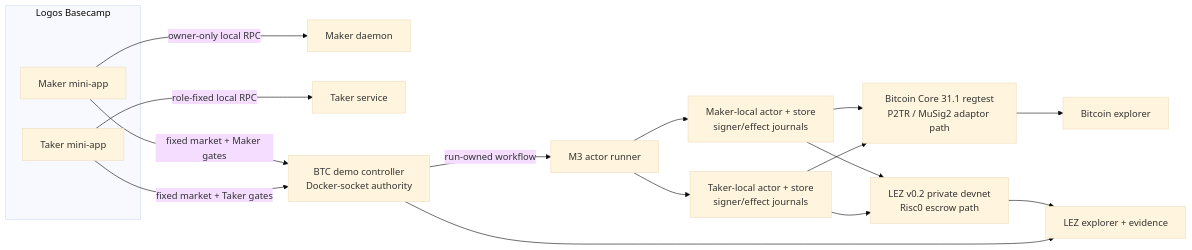
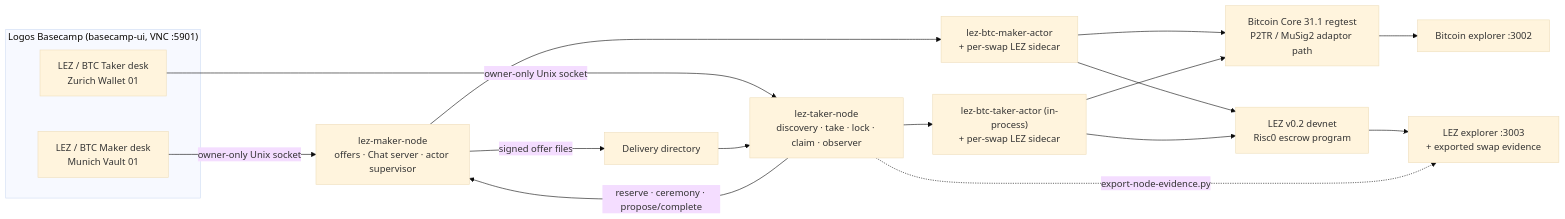
The first of 3 diagrams in docs/diagrams.md (gateway-fm/lez-atomic-swaps), drawn with Mermaid (base theme) before and after one commit. The commit also changed other lines of this file and 3 other files, not shown here.

First line of the commit message:
docs: describe the Node-owned product stack and how to test it by hand

````diff
--- a/docs/diagrams.md
+++ b/docs/diagrams.md
@@ -18,25 +18,26 @@
 ```mermaid
 flowchart LR
-    subgraph UI["Logos Basecamp"]
-        MAKER_UI["Maker mini-app"]
-        TAKER_UI["Taker mini-app"]
+    subgraph UI["Logos Basecamp (basecamp-ui, VNC :5901)"]
+        MAKER_UI["LEZ / BTC Maker desk\nMunich Vault 01"]
+        TAKER_UI["LEZ / BTC Taker desk\nZurich Wallet 01"]
     end
 
-    MAKER_UI -->|"owner-only local RPC"| MAKER["Maker daemon"]
-    TAKER_UI -->|"role-fixed local RPC"| TAKER["Taker service"]
-    MAKER_UI -->|"fixed market + Maker gates"| CONTROL["BTC demo controller\nDocker-socket authority"]
-    TAKER_UI -->|"fixed market + Taker gates"| CONTROL
+    MAKER_UI -->|"owner-only Unix socket"| MAKER["lez-maker-node\noffers · Chat server · actor supervisor"]
+    TAKER_UI -->|"owner-only Unix socket"| TAKER["lez-taker-node\ndiscovery · take · lock · claim · observer"]
 
-    CONTROL -->|"run-owned workflow"| RUNNER["M3 actor runner"]
-    RUNNER --> MAKER_STATE["Maker-local actor + store\nsigner/effect journals"]
-    RUNNER --> TAKER_STATE["Taker-local actor + store\nsigner/effect journals"]
+    MAKER -->|"signed offer files"| DELIVERY["Delivery directory"]
+    DELIVERY --> TAKER
+    TAKER -->|"reserve · ceremony · propose/complete"| MAKER
 
-    MAKER_STATE --> BTC["Bitcoin Core 31.1 regtest\nP2TR / MuSig2 adaptor path"]
-    MAKER_STATE --> LEZ["LEZ v0.2 private devnet\nRisc0 escrow path"]
-    TAKER_STATE --> BTC
-    TAKER_STATE --> LEZ
+    MAKER --> MAKER_ACTOR["lez-btc-maker-actor\n+ per-swap LEZ sidecar"]
+    TAKER --> TAKER_ACTOR["lez-btc-taker-actor (in-process)\n+ per-swap LEZ sidecar"]
 
-    BTC --> BTC_EXPLORER["Bitcoin explorer"]
-    LEZ --> LEZ_EXPLORER["LEZ explorer + evidence"]
-    CONTROL --> LEZ_EXPLORER
+    MAKER_ACTOR --> BTC["Bitcoin Core 31.1 regtest\nP2TR / MuSig2 adaptor path"]
+    MAKER_ACTOR --> LEZ["LEZ v0.2 devnet\nRisc0 escrow program"]
+    TAKER_ACTOR --> BTC
+    TAKER_ACTOR --> LEZ
+
+    BTC --> BTC_EXPLORER["Bitcoin explorer :3002"]
+    LEZ --> LEZ_EXPLORER["LEZ explorer :3003\n+ exported swap evidence"]
+    TAKER -.->|"export-node-evidence.py"| LEZ_EXPLORER
 ```
````
